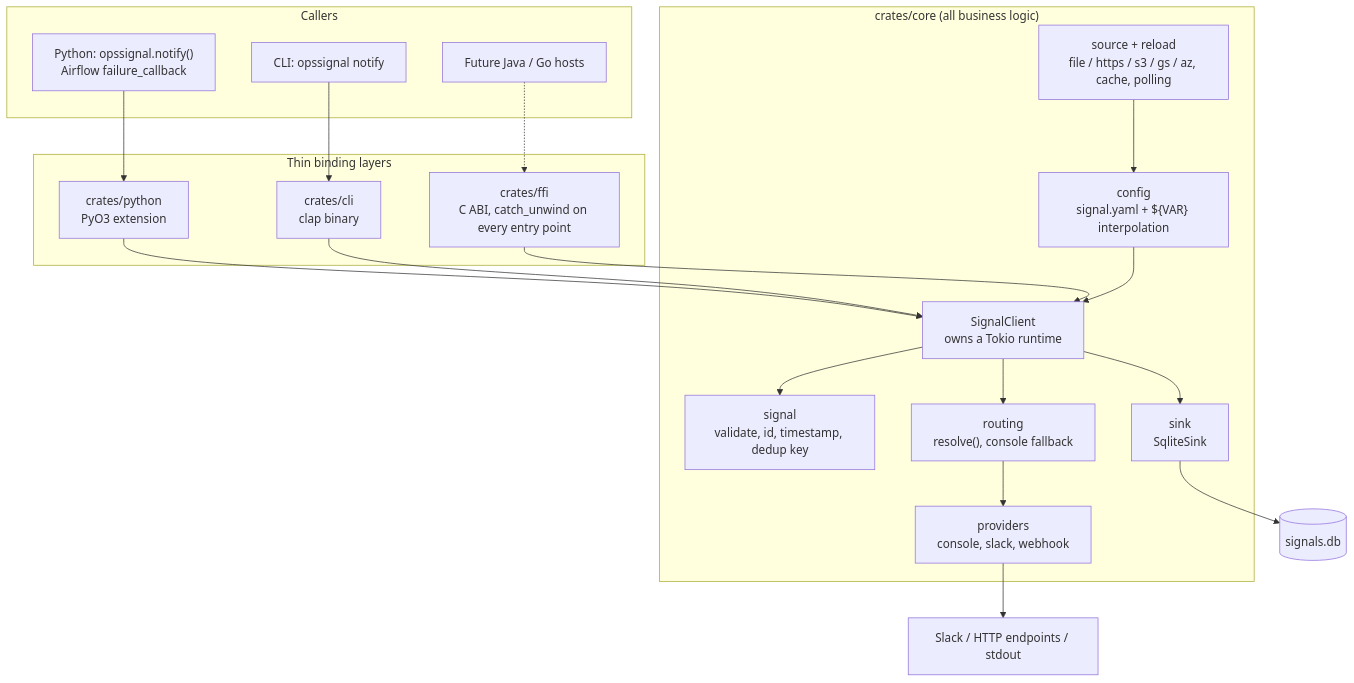
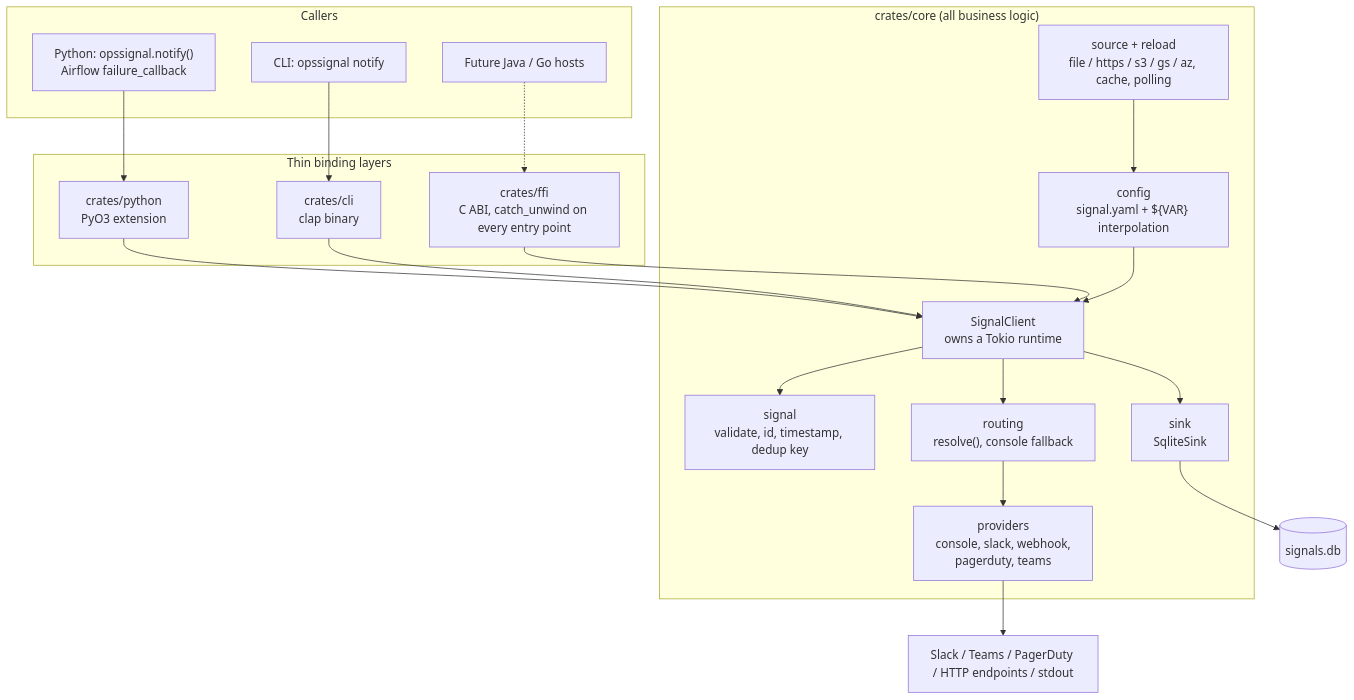
Before and after one commit to adithyapathipaka/OpsSignal: the first of 2 diagrams in docs/ARCHITECTURE.md, drawn with Mermaid. The commit also changed 11 other files, not shown here.

First line of the commit message:
Add PagerDuty (Events API v2) and Microsoft Teams providers

````diff
--- a/docs/ARCHITECTURE.md
+++ b/docs/ARCHITECTURE.md
@@ -9,39 +9,39 @@
 ```mermaid
 flowchart TB
     subgraph callers[Callers]
         PY["Python: opssignal.notify()<br/>Airflow failure_callback"]
         CLI["CLI: opssignal notify"]
         HOST["Future Java / Go hosts"]
     end
 
     subgraph bindings[Thin binding layers]
         PYO3["crates/python<br/>PyO3 extension"]
         CLIC["crates/cli<br/>clap binary"]
         FFI["crates/ffi<br/>C ABI, catch_unwind on every entry point"]
     end
 
     subgraph core["crates/core (all business logic)"]
         SRC["source + reload<br/>file / https / s3 / gs / az, cache, polling"]
         CFG["config<br/>signal.yaml + ${VAR} interpolation"]
         CLIENT["SignalClient<br/>owns a Tokio runtime"]
         VAL["signal<br/>validate, id, timestamp, dedup key"]
         ROUTE["routing<br/>resolve(), console fallback"]
-        PROV["providers<br/>console, slack, webhook"]
+        PROV["providers<br/>console, slack, webhook,<br/>pagerduty, teams"]
         SINK["sink<br/>SqliteSink"]
     end
 
     PY --> PYO3
     CLI --> CLIC
     HOST -.-> FFI
     PYO3 --> CLIENT
     CLIC --> CLIENT
     FFI --> CLIENT
     SRC --> CFG
     CFG --> CLIENT
     CLIENT --> VAL
     CLIENT --> ROUTE
     ROUTE --> PROV
     CLIENT --> SINK
-    PROV --> EXT["Slack / HTTP endpoints / stdout"]
+    PROV --> EXT["Slack / Teams / PagerDuty / HTTP endpoints / stdout"]
     SINK --> DB[("signals.db")]
 ```
````
